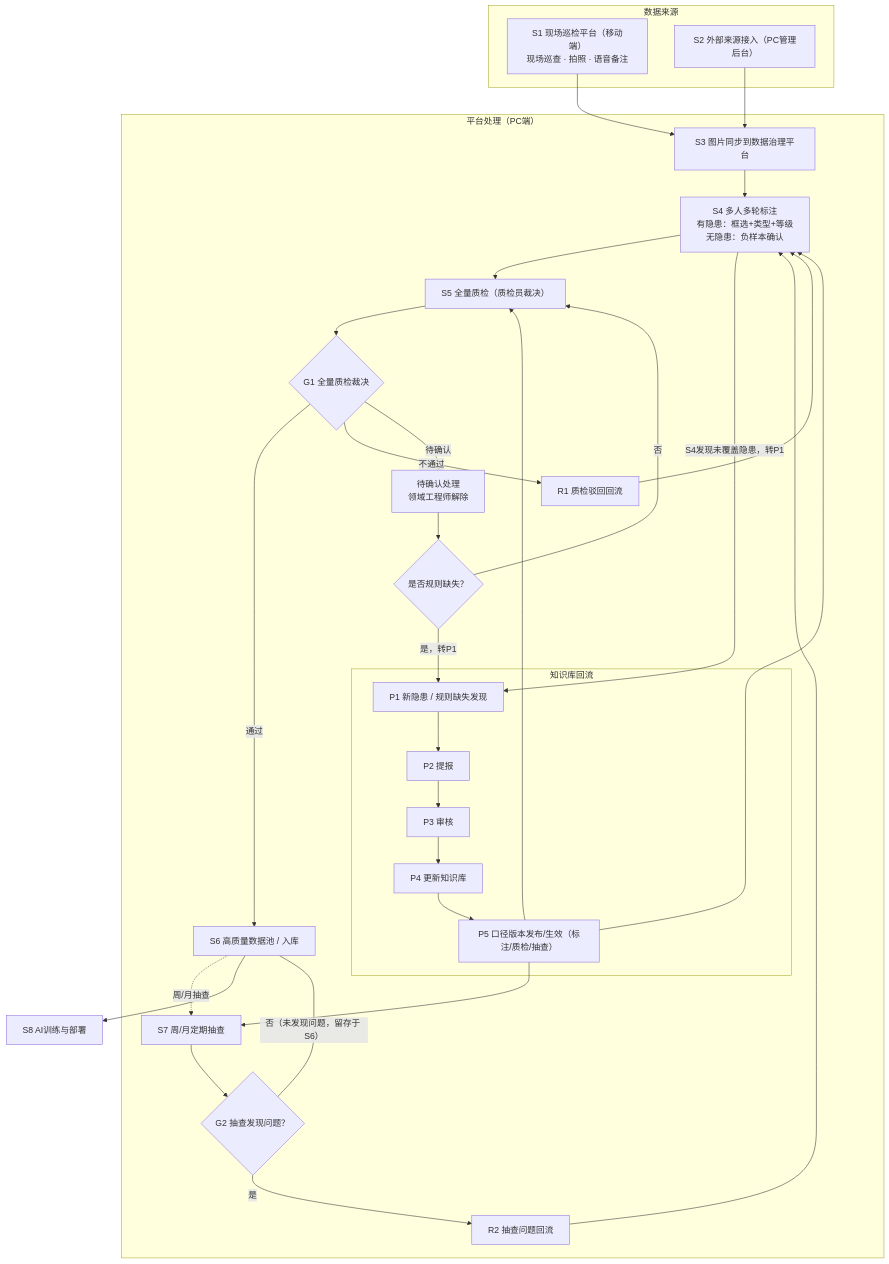
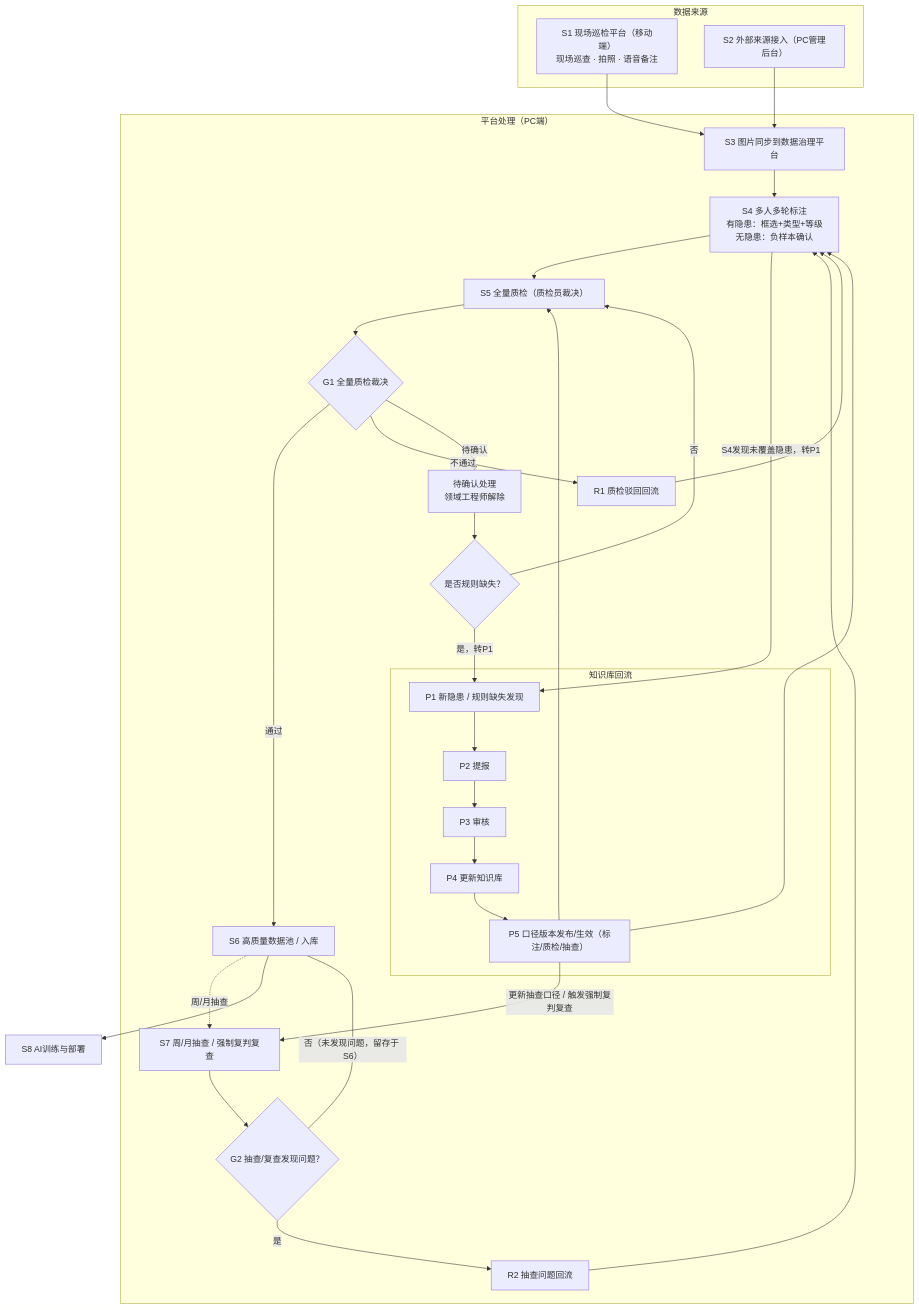
Before and after one commit to zhudan930612/Data-governance: the diagram in 数据治理平台-Mermaid.mmd, drawn with Mermaid. The commit also changed 3 other files, not shown here.

First line of the commit message:
docs: 统一 S7 抽查与强制复判复查表达，优化 Mermaid 层级结构

```diff
--- a/数据治理平台-Mermaid.mmd
+++ b/数据治理平台-Mermaid.mmd
@@ -1,44 +1,45 @@
 %%{init: {'theme':'mc'}}%%
 flowchart TD
     subgraph SRC ["数据来源"]
         A1["S1 现场巡检平台（移动端）<br/>现场巡查 · 拍照 · 语音备注"]
         A2["S2 外部来源接入（PC管理后台）"]
     end
 
-    A1 --> B["S3 图片同步到数据治理平台"]
-    A2 --> B
-
     subgraph PLT ["平台处理（PC端）"]
+        B["S3 图片同步到数据治理平台"]
         B --> E["S4 多人多轮标注<br/>有隐患：框选+类型+等级<br/>无隐患：负样本确认"]
         E --> G["S5 全量质检（质检员裁决）"]
         G --> G1{"G1 全量质检裁决"}
         G1 -->|"通过"| H["S6 高质量数据池 / 入库"]
         G1 -->|"不通过"| R1["R1 质检驳回回流"]
         G1 -->|"待确认"| Q["待确认处理<br/>领域工程师解除"]
         R1 --> E
         Q --> Q1{"是否规则缺失？"}
         Q1 -->|"是，转P1"| U
         Q1 -->|"否"| G
 
-        H -.->|"周/月抽查"| S7["S7 周/月定期抽查"]
-        S7 --> G2{"G2 抽查发现问题？"}
+        H -.->|"周/月抽查"| S7["S7 周/月抽查 / 强制复判复查"]
+        S7 --> G2{"G2 抽查/复查发现问题？"}
         G2 -->|"是"| R2["R2 抽查问题回流"]
         G2 ---|"否（未发现问题，留存于 S6）"| H
         R2 --> E
 
         subgraph LOOP ["知识库回流"]
             U["P1 新隐患 / 规则缺失发现"]
             U --> V["P2 提报"]
             V --> W["P3 审核"]
             W --> X["P4 更新知识库"]
             X --> Y["P5 口径版本发布/生效（标注/质检/抽查）"]
         end
 
         E -->|"S4发现未覆盖隐患，转P1"| U
         Y --> E
         Y --> G
-        Y --> S7
+        Y -->|"更新抽查口径 / 触发强制复判复查"| S7
     end
+
+    A1 --> B
+    A2 --> B
 
 
     H --> M["S8 AI训练与部署"]
```
